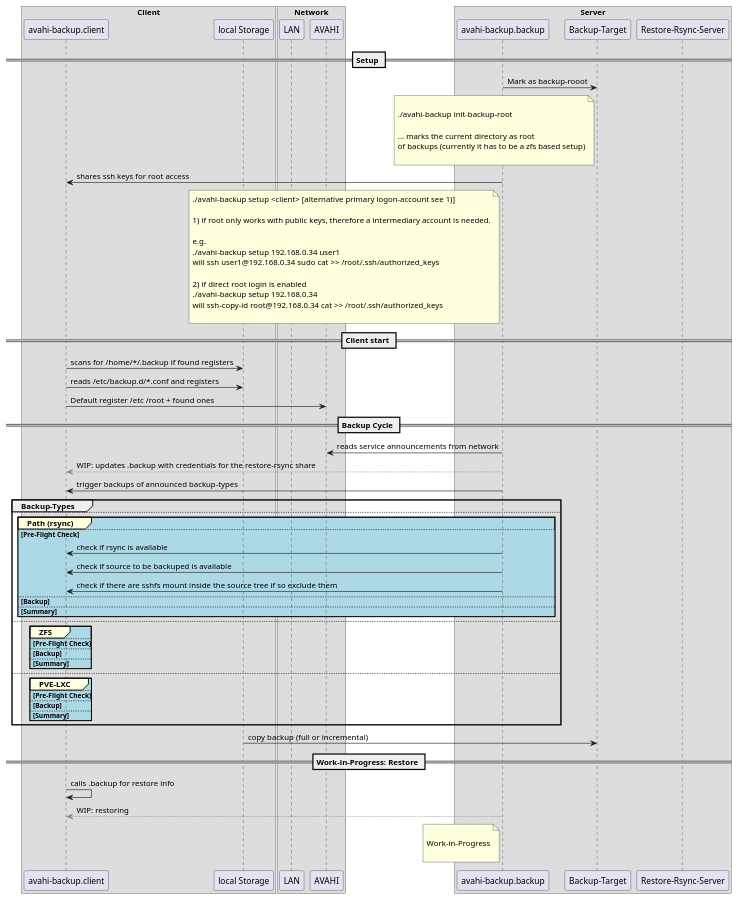
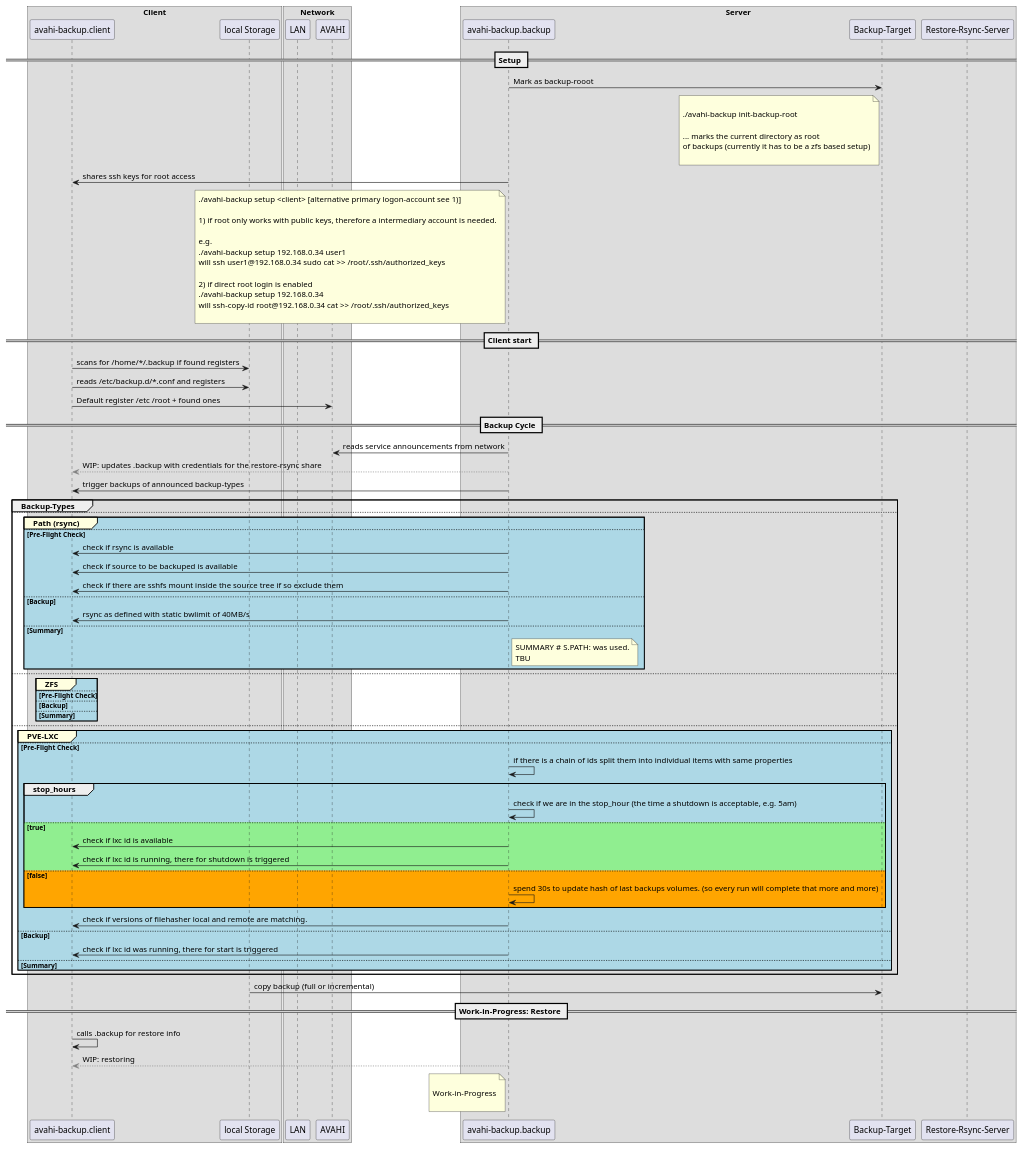
Before and after one commit to hastmu/avahi-backup: the diagram in doc/readme.overview.plantuml, drawn with PlantUML. The commit also changed 1 other file, not shown here.

```diff
--- a/doc/readme.overview.plantuml
+++ b/doc/readme.overview.plantuml
@@ -1,109 +1,141 @@
 @startuml 
 
 box "Client"
    participant "avahi-backup.client" as client
    participant "local Storage" as local.storage
 end box
 
 box "Network"
    participant "LAN" as lan
    participant "AVAHI" as avahi.announcement
 end box
 
 box "Server"
    participant "avahi-backup.backup" as backup
    participant "Backup-Target" as backup.storage
    participant "Restore-Rsync-Server" as backup.restore
 end box
 
 == Setup ==
 
 backup -> backup.storage: Mark as backup-rooot
 
 note left of backup.storage
 
 ./avahi-backup init-backup-root
 
 ... marks the current directory as root 
 of backups (currently it has to be a zfs based setup)
 
 end note
 
 backup -> client: shares ssh keys for root access
 
 note left of backup
 ./avahi-backup setup <client> [alternative primary logon-account see 1)]
 
 1) if root only works with public keys, therefore a intermediary account is needed.
 
 e.g.
 ./avahi-backup setup 192.168.0.34 user1
 will ssh user1@192.168.0.34 sudo cat >> /root/.ssh/authorized_keys
 
 2) if direct root login is enabled
 ./avahi-backup setup 192.168.0.34
 will ssh-copy-id root@192.168.0.34 cat >> /root/.ssh/authorized_keys
 
 end note
 
 == Client start ==
 
 client -> local.storage: scans for /home/*/.backup if found registers
 client -> local.storage: reads /etc/backup.d/*.conf and registers
 client -> avahi.announcement: Default register /etc /root + found ones
 
 == Backup Cycle ==
 
 backup -> avahi.announcement: reads service announcements from network
 backup -[#Grey]-> client: WIP: updates .backup with credentials for the restore-rsync share
 backup -> client: trigger backups of announced backup-types
 
 group Backup-Types
 
 else
 
 group#LightYellow #LightBlue Path (rsync)
 else Pre-Flight Check
 
 backup -> client: check if rsync is available
 backup -> client: check if source to be backuped is available
 backup -> client: check if there are sshfs mount inside the source tree if so exclude them
 
 else Backup
+
+backup -> client: rsync as defined with static bwlimit of 40MB/s
+
 else Summary
+
+note right of backup
+SUMMARY # S.PATH: was used.
+TBU
+end note
+
 end group
 
 else 
 
 group#LightYellow #LightBlue ZFS
 else Pre-Flight Check
 else Backup
 else Summary
 end group
 
 
 else 
 
 group#LightYellow #LightBlue PVE-LXC
 else Pre-Flight Check
+
+backup -> backup: if there is a chain of ids split them into individual items with same properties
+
+group stop_hours
+
+backup -> backup: check if we are in the stop_hour (the time a shutdown is acceptable, e.g. 5am)
+
+else #LightGreen true
+
+backup -> client: check if lxc id is available
+backup -> client: check if lxc id is running, there for shutdown is triggered
+
+else #Orange false
+
+backup -> backup: spend 30s to update hash of last backups volumes. (so every run will complete that more and more)
+
+end group
+
+backup -> client: check if versions of filehasher local and remote are matching.
+
 else Backup
+
+backup -> client: check if lxc id was running, there for start is triggered
+
 else Summary
 end group
 
 end group 
 
 local.storage -> backup.storage: copy backup (full or incremental)
 
 
 == Work-in-Progress: Restore ==
 
 client -> client: calls .backup for restore info
 backup -[#Grey]-> client: WIP: restoring 
 
 note left of backup
 
 Work-in-Progress
 
 end note
 
 @enduml
```
